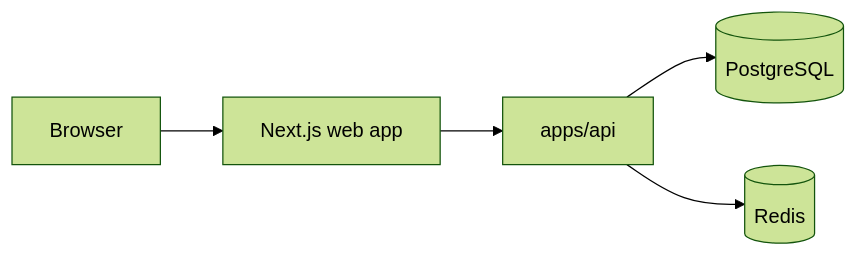
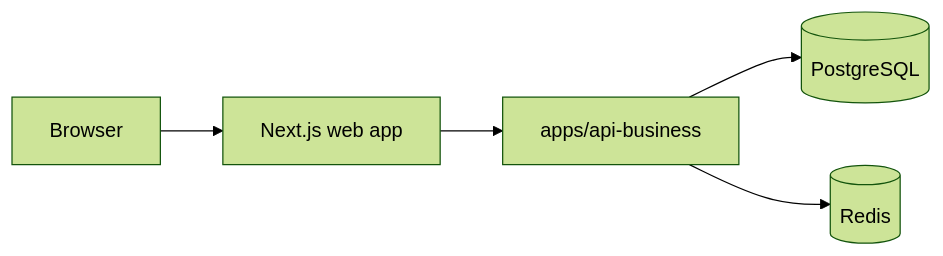
One commit to CiceroDeveloper01/rag-platform changed the diagram in apps/web/README.md. Above: the diagram before and after it, drawn with Mermaid (forest theme). The commit also changed 527 other files, not shown here.

Commit message:
refactor: align monorepo with web, api-web, api-business and orchestrator boundaries

````diff
--- a/apps/web/README.md
+++ b/apps/web/README.md
@@ -18,7 +18,7 @@
 ```mermaid
 flowchart LR
     Browser[Browser] --> Web[Next.js web app]
-    Web --> API[apps/api]
+    Web --> API[apps/api-business]
     API --> Postgres[(PostgreSQL)]
     API --> Redis[(Redis)]
 ```
````
